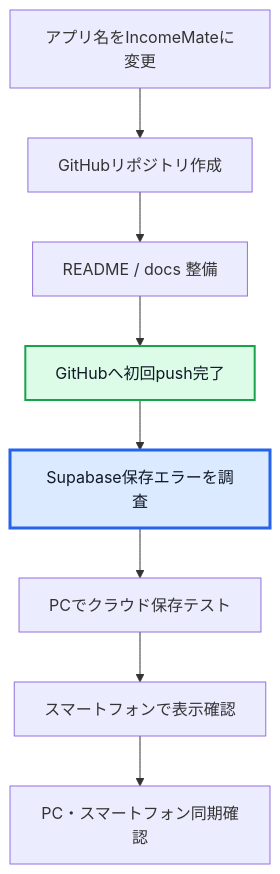
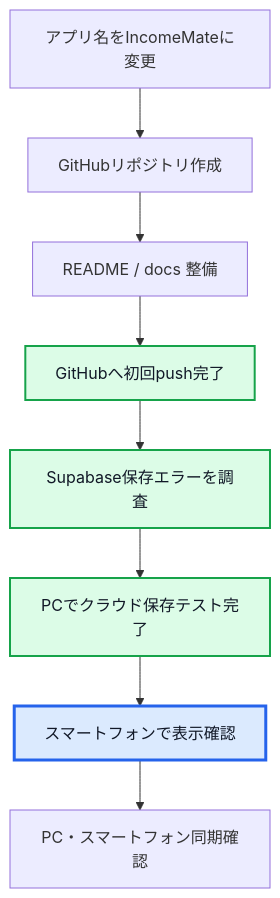
One commit to Yurina-1220/IncomeMate changed the diagram in docs/progress.md. Above: the diagram before and after it, drawn with Mermaid. The commit also changed other lines of this file and 2 other files, not shown here.

````diff
--- a/docs/progress.md
+++ b/docs/progress.md
@@ -11,16 +11,18 @@
 ```mermaid
 flowchart TD
   A["アプリ名をIncomeMateに変更"] --> B["GitHubリポジトリ作成"]
   B --> C["README / docs 整備"]
   C --> D["GitHubへ初回push完了"]
   D --> E["Supabase保存エラーを調査"]
-  E --> F["PCでクラウド保存テスト"]
+  E --> F["PCでクラウド保存テスト完了"]
   F --> G["スマートフォンで表示確認"]
   G --> H["PC・スマートフォン同期確認"]
 
   D:::completed
-  E:::current
+  E:::completed
+  F:::completed
+  G:::current
 
   classDef completed fill:#dcfce7,stroke:#16a34a,stroke-width:2px,color:#111827;
   classDef current fill:#dbeafe,stroke:#2563eb,stroke-width:3px,color:#111827;
 ```
````
